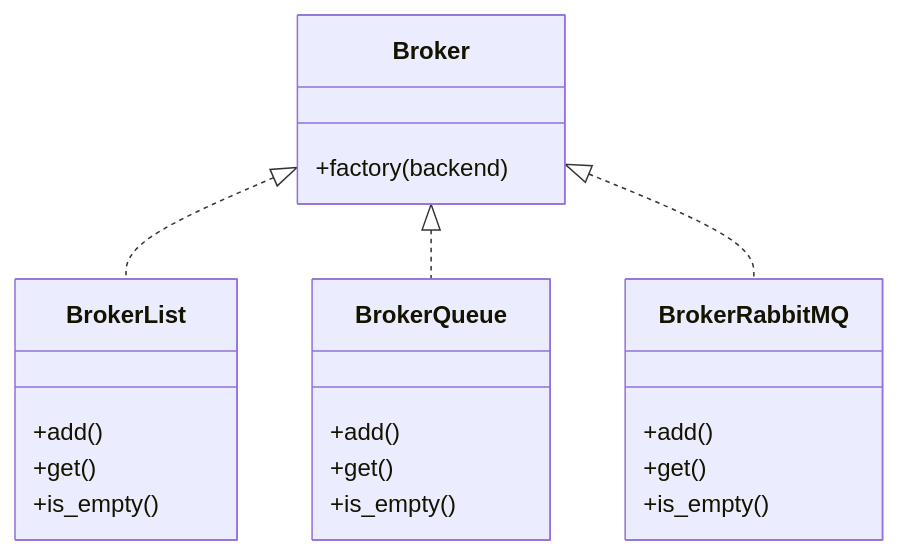
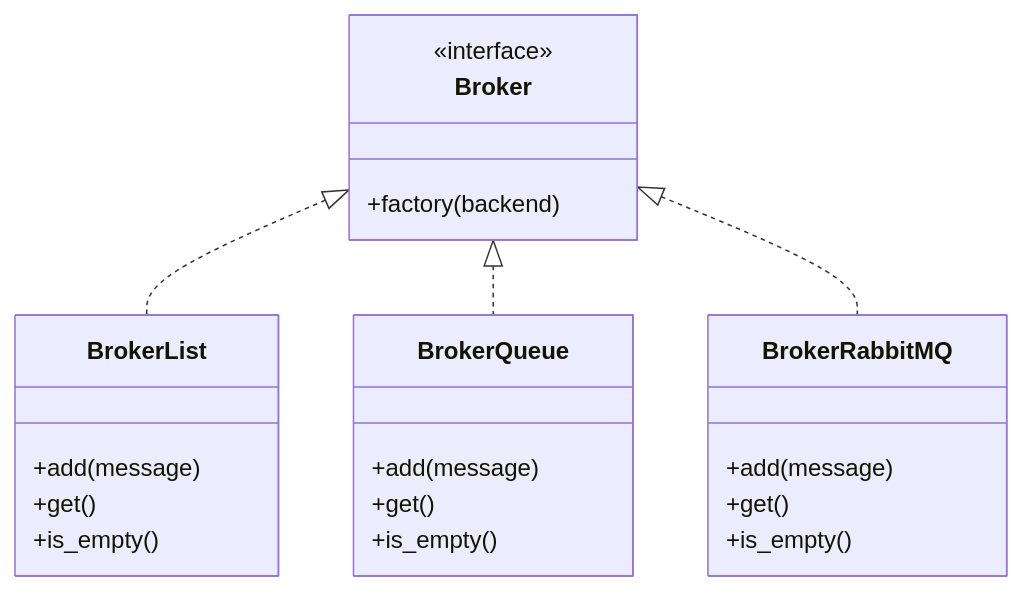
One commit to lostipani/pastiposte changed the third of 3 diagrams in README.md. Above: the diagram before and after it, drawn with Mermaid. The commit also changed other lines of this file, not shown here.

````diff
--- a/README.md
+++ b/README.md
@@ -32,27 +37,24 @@
 ```mermaid
----
-  config:
-    class:
-      hideEmptyMembersBox: true
----
 classDiagram
+    class Broker
+    <<interface>> Broker
     Broker <|.. BrokerList
     Broker <|.. BrokerQueue
     Broker <|.. BrokerRabbitMQ
     Broker: +factory(backend)
     class BrokerList{
-        +add()
+        +add(message)
         +get()
         +is_empty()
     }
     class BrokerQueue{
-        +add()
+        +add(message)
         +get()
         +is_empty()
     }
     class BrokerRabbitMQ{
-        +add()
+        +add(message)
         +get()
         +is_empty()
     }
 ```
````
